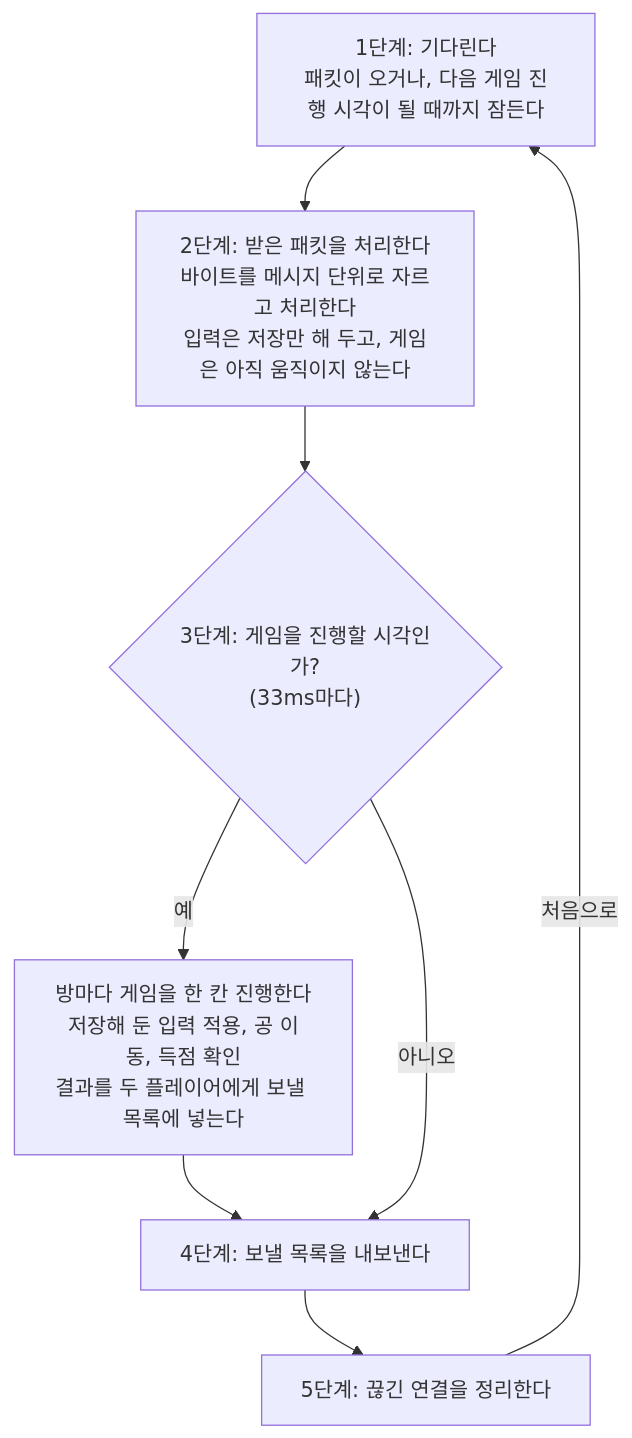
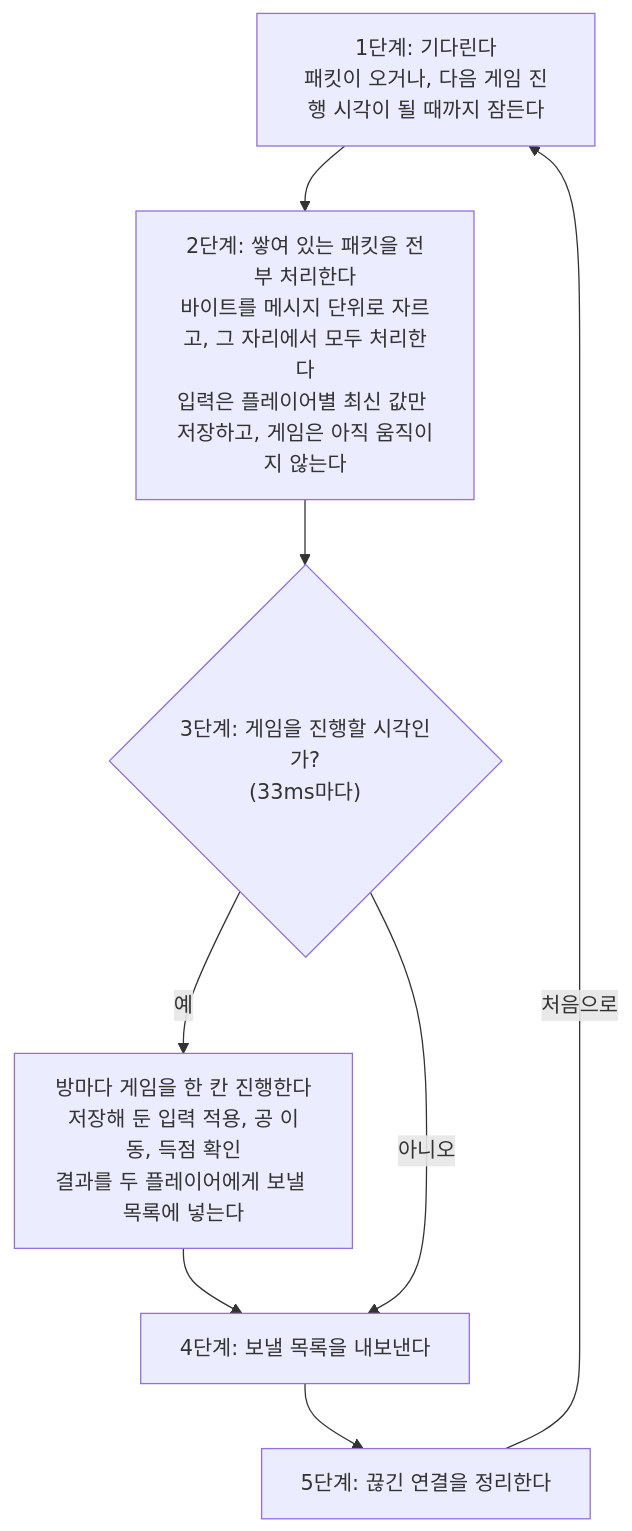
The second of 4 diagrams in docs/overview.md (JustForLabor/Relay-Server-Practice), drawn with Mermaid before and after one commit. The commit also changed other lines of this file, not shown here.

````diff
--- a/docs/overview.md
+++ b/docs/overview.md
@@ -103,14 +103,14 @@
 ```mermaid
 flowchart TB
     s1["1단계: 기다린다<br/>패킷이 오거나, 다음 게임 진행 시각이 될 때까지 잠든다"]
-    s2["2단계: 받은 패킷을 처리한다<br/>바이트를 메시지 단위로 자르고 처리한다<br/>입력은 저장만 해 두고, 게임은 아직 움직이지 않는다"]
+    s2["2단계: 쌓여 있는 패킷을 전부 처리한다<br/>바이트를 메시지 단위로 자르고, 그 자리에서 모두 처리한다<br/>입력은 플레이어별 최신 값만 저장하고, 게임은 아직 움직이지 않는다"]
     s3{"3단계: 게임을 진행할 시각인가?<br/>(33ms마다)"}
     s4["방마다 게임을 한 칸 진행한다<br/>저장해 둔 입력 적용, 공 이동, 득점 확인<br/>결과를 두 플레이어에게 보낼 목록에 넣는다"]
     s5["4단계: 보낼 목록을 내보낸다"]
     s6["5단계: 끊긴 연결을 정리한다"]
     s1 --> s2 --> s3
     s3 -->|예| s4 --> s5
     s3 -->|아니오| s5
     s5 --> s6
     s6 -->|처음으로| s1
 ```
````
